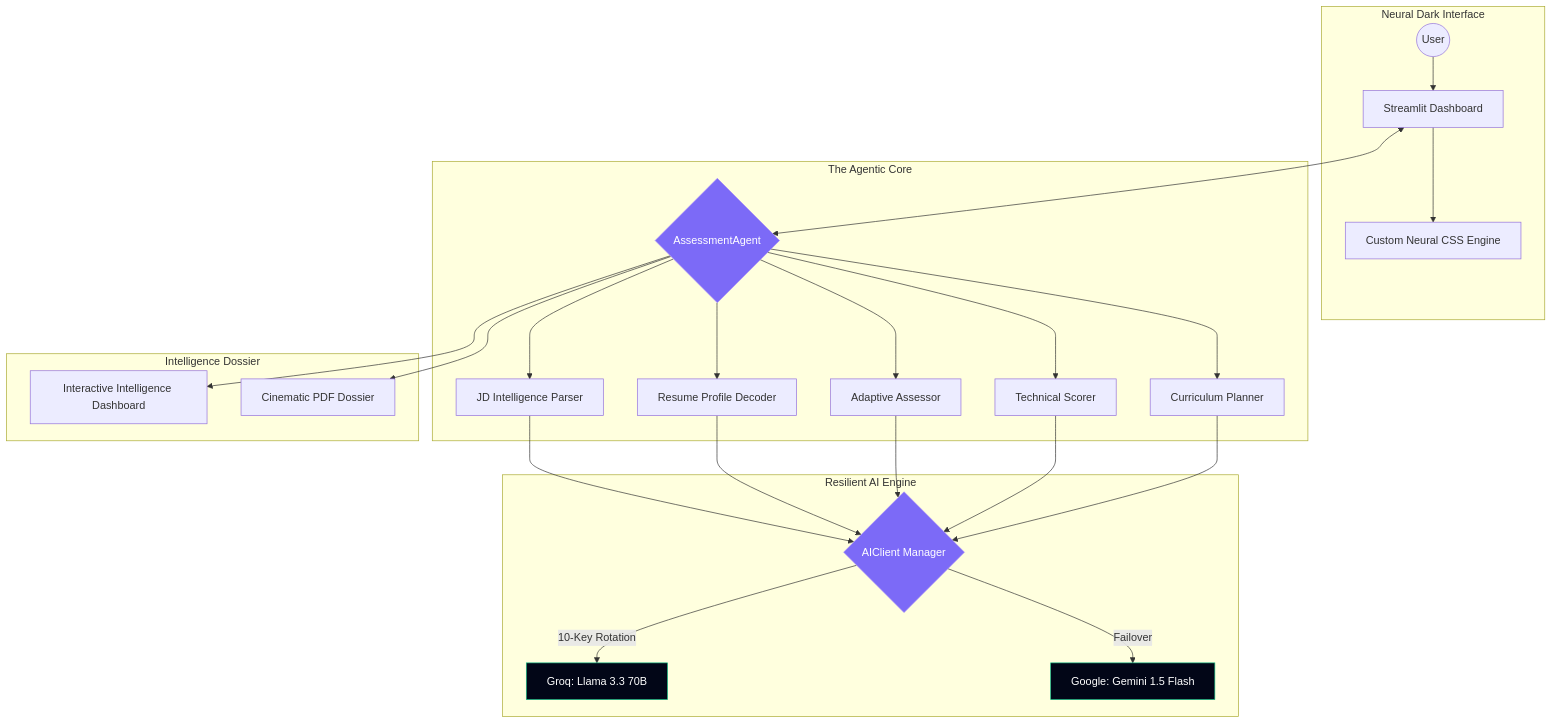
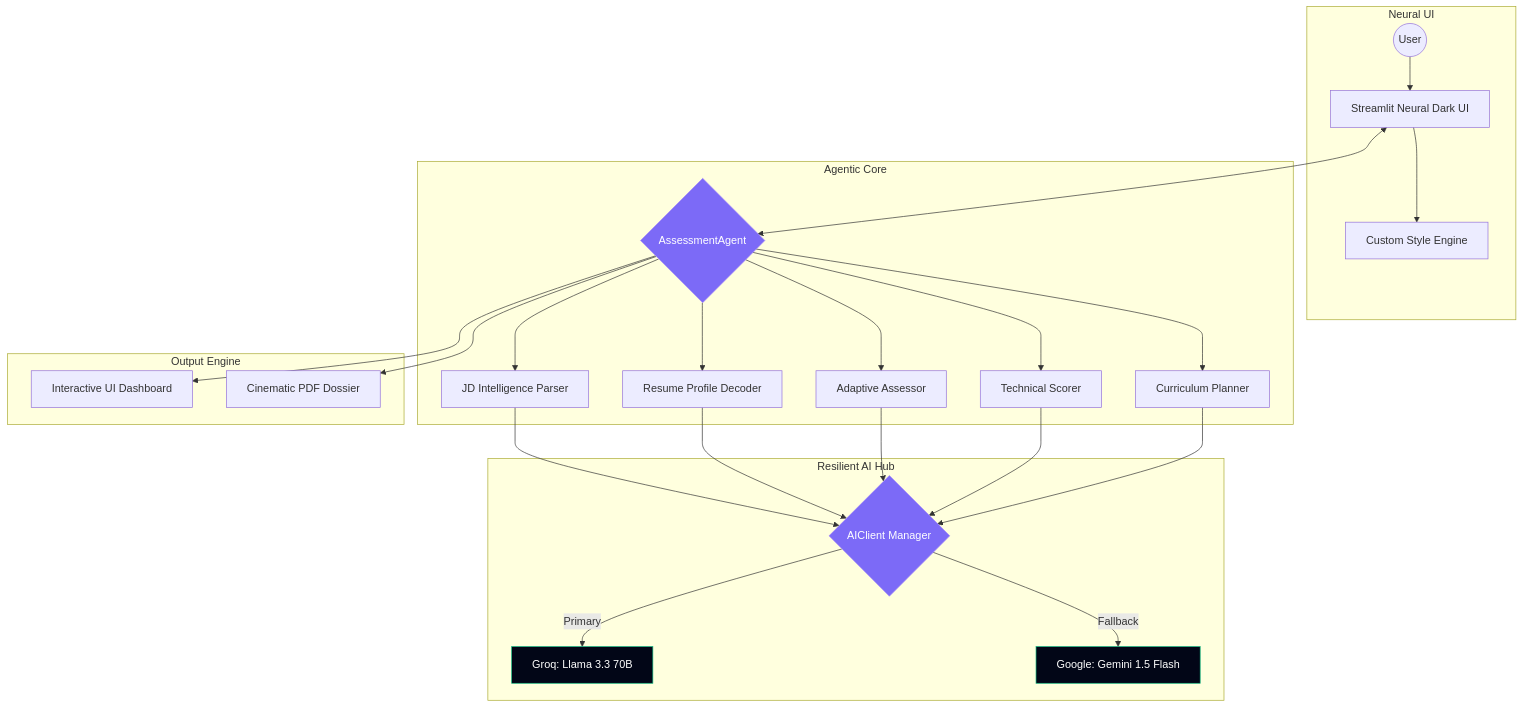
The first of 3 diagrams in README.md (Yashthakre-07/Catalyst_Yash_Thakre), drawn with Mermaid before and after one commit. The commit also changed other lines of this file, not shown here.

````diff
--- a/README.md
+++ b/README.md
@@ -33,32 +41,32 @@
 ```mermaid
 flowchart TD
-    subgraph UI_Layer [Neural Dark Interface]
-        U((User)) --> ST[Streamlit Dashboard]
-        ST --> CSS[Custom Neural CSS Engine]
+    subgraph Client_Layer [Neural UI]
+        U((User)) --> UI[Streamlit Neural Dark UI]
+        UI --> CSS[Custom Style Engine]
     end
 
-    subgraph Orchestration [The Agentic Core]
-        ST <--> Agent{AssessmentAgent}
+    subgraph Orchestration [Agentic Core]
+        UI <--> Agent{AssessmentAgent}
         Agent --> P_JD[JD Intelligence Parser]
         Agent --> P_RES[Resume Profile Decoder]
         Agent --> ASS[Adaptive Assessor]
         Agent --> SCO[Technical Scorer]
         Agent --> PLN[Curriculum Planner]
     end
 
-    subgraph Intelligence [Resilient AI Engine]
-        P_JD & P_RES & ASS & SCO & PLN --> Client{AIClient Manager}
-        Client -->|10-Key Rotation| Groq[Groq: Llama 3.3 70B]
-        Client -->|Failover| Gemini[Google: Gemini 1.5 Flash]
+    subgraph Intelligence [Resilient AI Hub]
+        P_JD & P_RES & ASS & SCO & PLN --> Router{AIClient Manager}
+        Router -->|Primary| Groq[Groq: Llama 3.3 70B]
+        Router -->|Fallback| Gemini[Google: Gemini 1.5 Flash]
     end
 
-    subgraph Artifacts [Intelligence Dossier]
-        Agent --> Dashboard[Interactive Intelligence Dashboard]
+    subgraph Artifacts [Output Engine]
+        Agent --> Dashboard[Interactive UI Dashboard]
         Agent --> PDF[Cinematic PDF Dossier]
     end
 
     classDef highlight fill:#7c6af7,stroke:#a78bfa,color:#fff
     classDef engine fill:#020617,stroke:#10b981,color:#fff
-    class Agent,Client highlight
+    class Agent,Router highlight
     class Groq,Gemini engine
 ```
````
